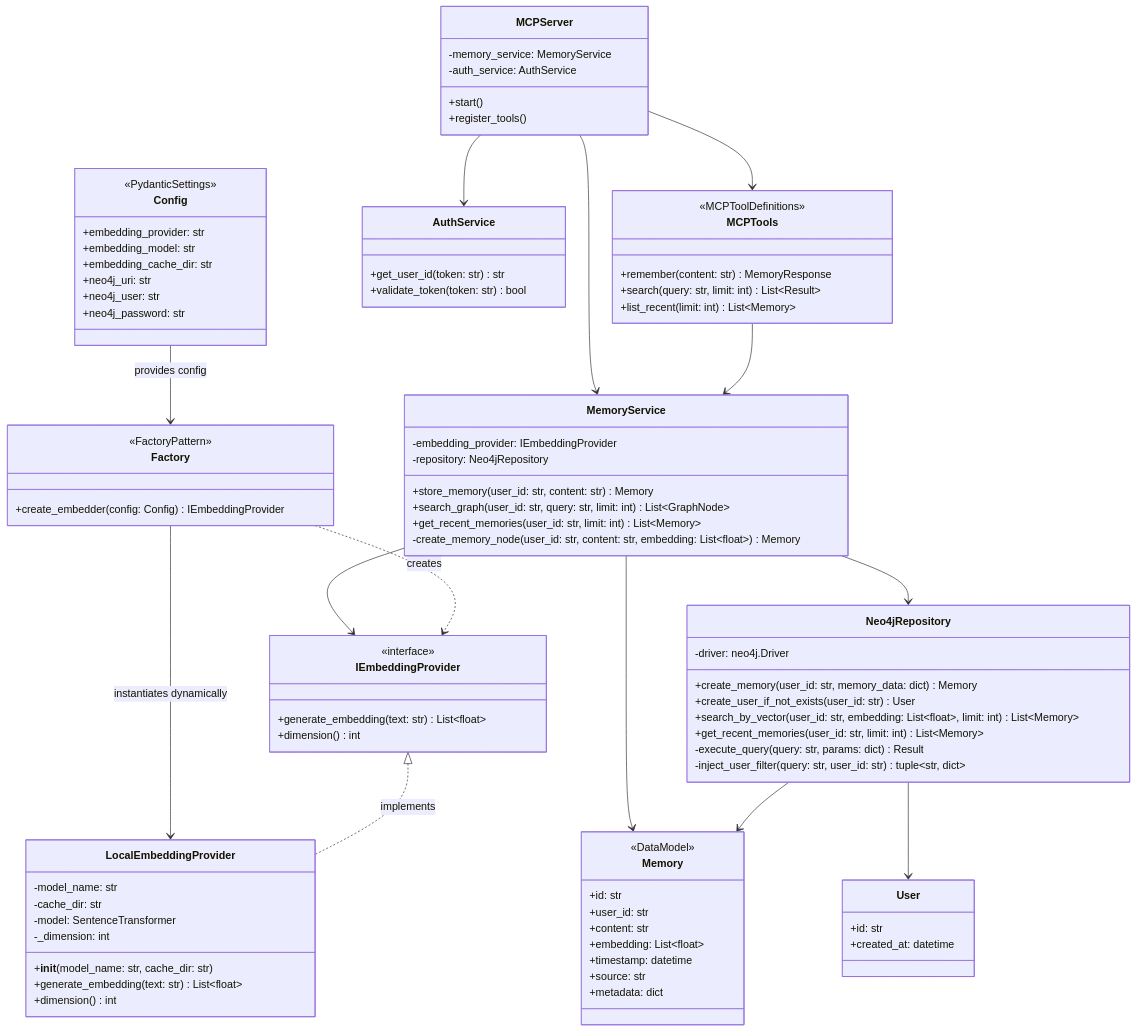
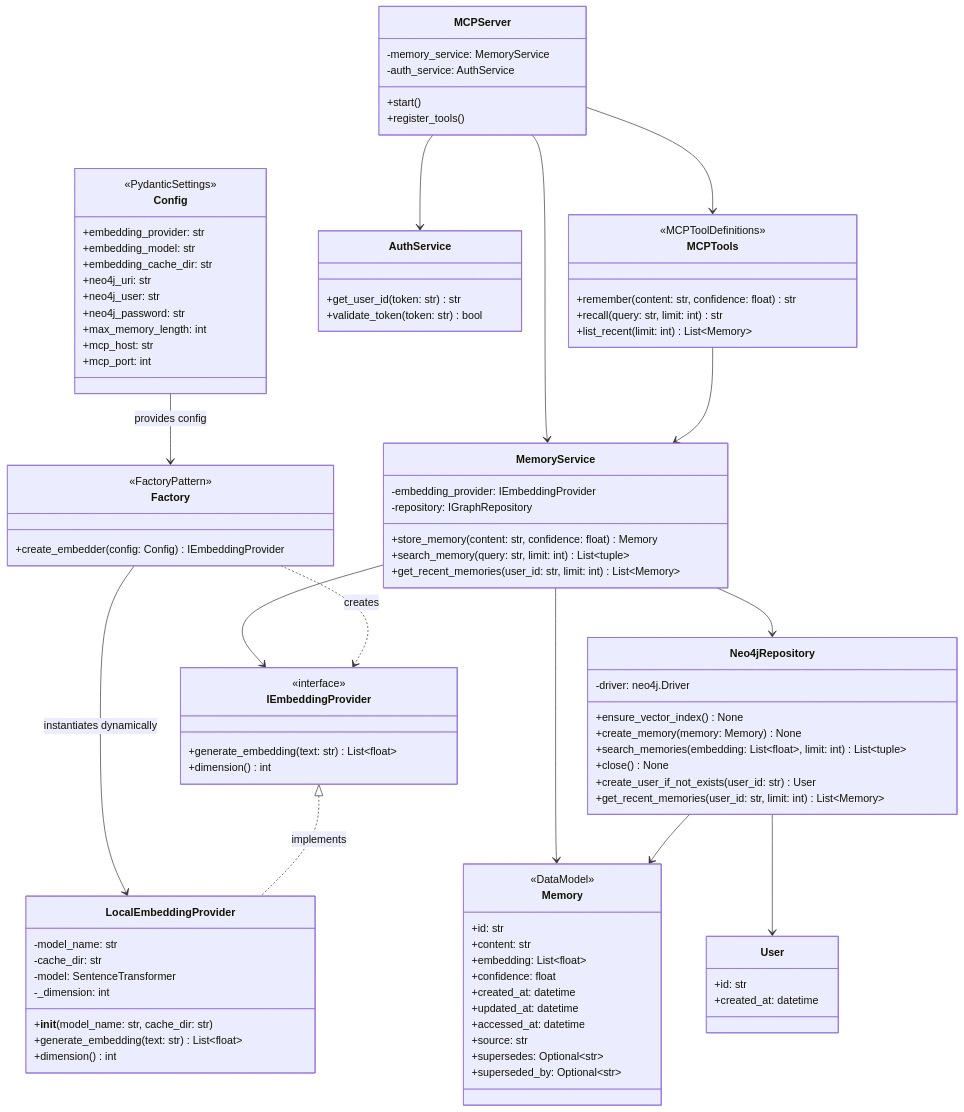
The diagram in Documentation/detailed-architecture.md (rigrergl/memento), drawn with Mermaid before and after one commit. The commit also changed 2 other files, not shown here.

Commit message:
Documentation Updates

```diff
--- a/Documentation/detailed-architecture.md
+++ b/Documentation/detailed-architecture.md
@@ -13,8 +13,8 @@
     
     class MCPTools {
         <<MCPToolDefinitions>>
-        +remember(content: str) MemoryResponse
-        +search(query: str, limit: int) List~Result~
+        +remember(content: str, confidence: float) str
+        +recall(query: str, limit: int) str
         +list_recent(limit: int) List~Memory~
     }
     
@@ -26,32 +26,34 @@
     
     class MemoryService {
         -embedding_provider: IEmbeddingProvider
-        -repository: Neo4jRepository
-        +store_memory(user_id: str, content: str) Memory
-        +search_graph(user_id: str, query: str, limit: int) List~GraphNode~
+        -repository: IGraphRepository
+        +store_memory(content: str, confidence: float) Memory
+        +search_memory(query: str, limit: int) List~tuple~
         +get_recent_memories(user_id: str, limit: int) List~Memory~
-        -create_memory_node(user_id: str, content: str, embedding: List~float~) Memory
     }
     
     class Neo4jRepository {
         -driver: neo4j.Driver
-        +create_memory(user_id: str, memory_data: dict) Memory
+        +ensure_vector_index() None
+        +create_memory(memory: Memory) None
+        +search_memories(embedding: List~float~, limit: int) List~tuple~
+        +close() None
         +create_user_if_not_exists(user_id: str) User
-        +search_by_vector(user_id: str, embedding: List~float~, limit: int) List~Memory~
         +get_recent_memories(user_id: str, limit: int) List~Memory~
-        -execute_query(query: str, params: dict) Result
-        -inject_user_filter(query: str, user_id: str) tuple~str, dict~
     }
     
     class Memory {
         <<DataModel>>
         +id: str
-        +user_id: str
         +content: str
         +embedding: List~float~
-        +timestamp: datetime
+        +confidence: float
+        +created_at: datetime
+        +updated_at: datetime
+        +accessed_at: datetime
         +source: str
-        +metadata: dict
+        +supersedes: Optional~str~
+        +superseded_by: Optional~str~
     }
     
     class User {
@@ -72,6 +74,9 @@
         +neo4j_uri: str
         +neo4j_user: str
         +neo4j_password: str
+        +max_memory_length: int
+        +mcp_host: str
+        +mcp_port: int
     }
 
     class Factory {
```
